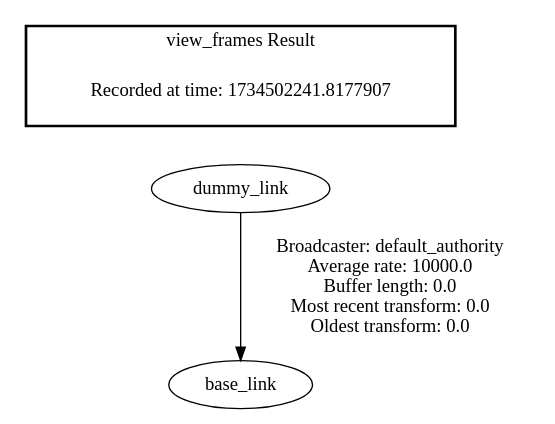
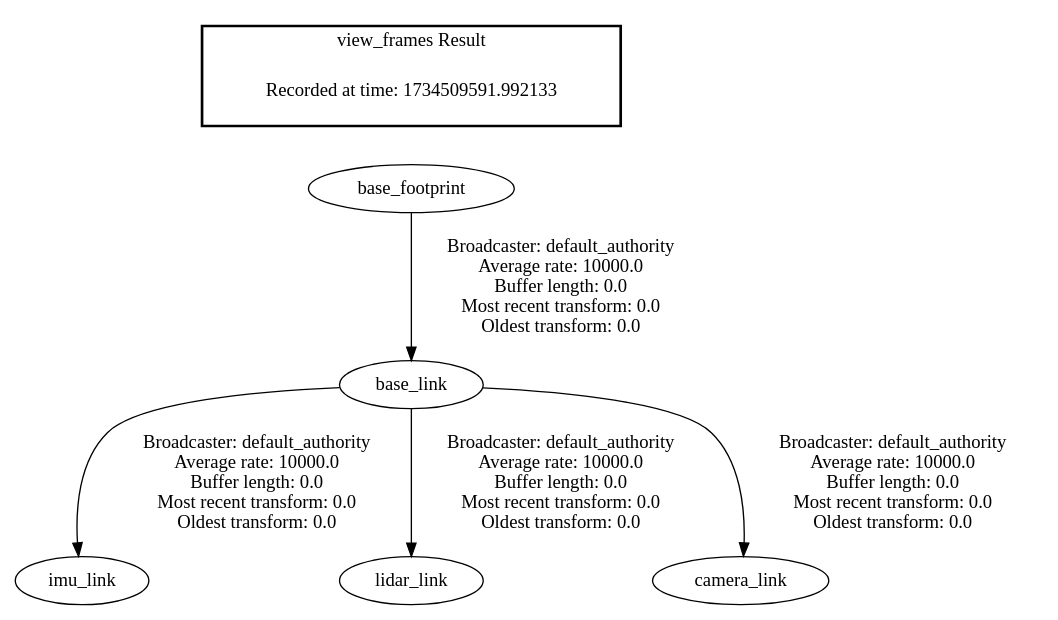
One commit to 3bdul1ah/x3cator_ws changed the diagram in frames.gv. Above: the diagram before and after it, drawn with Graphviz. The commit also changed 7 other files, not shown here.

```diff
--- a/frames.gv
+++ b/frames.gv
@@ -1,7 +1,10 @@
 digraph G {
-"dummy_link" -> "base_link"[label=" Broadcaster: default_authority\nAverage rate: 10000.0\nBuffer length: 0.0\nMost recent transform: 0.0\nOldest transform: 0.0\n"];
+"base_footprint" -> "base_link"[label=" Broadcaster: default_authority\nAverage rate: 10000.0\nBuffer length: 0.0\nMost recent transform: 0.0\nOldest transform: 0.0\n"];
+"base_link" -> "imu_link"[label=" Broadcaster: default_authority\nAverage rate: 10000.0\nBuffer length: 0.0\nMost recent transform: 0.0\nOldest transform: 0.0\n"];
+"base_link" -> "lidar_link"[label=" Broadcaster: default_authority\nAverage rate: 10000.0\nBuffer length: 0.0\nMost recent transform: 0.0\nOldest transform: 0.0\n"];
+"base_link" -> "camera_link"[label=" Broadcaster: default_authority\nAverage rate: 10000.0\nBuffer length: 0.0\nMost recent transform: 0.0\nOldest transform: 0.0\n"];
 edge [style=invis];
  subgraph cluster_legend { style=bold; color=black; label ="view_frames Result";
-"Recorded at time: 1734502241.8177907"[ shape=plaintext ] ;
-}->"dummy_link";
+"Recorded at time: 1734509591.992133"[ shape=plaintext ] ;
+}->"base_footprint";
 }
```
